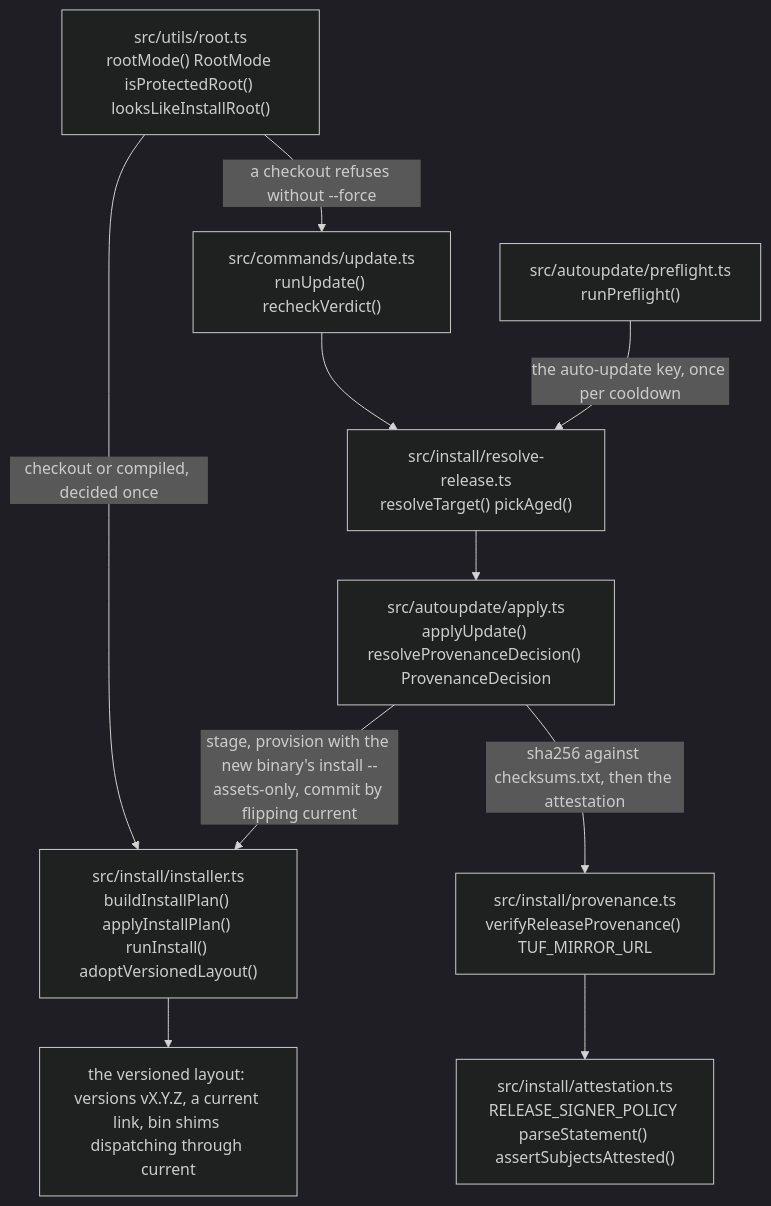
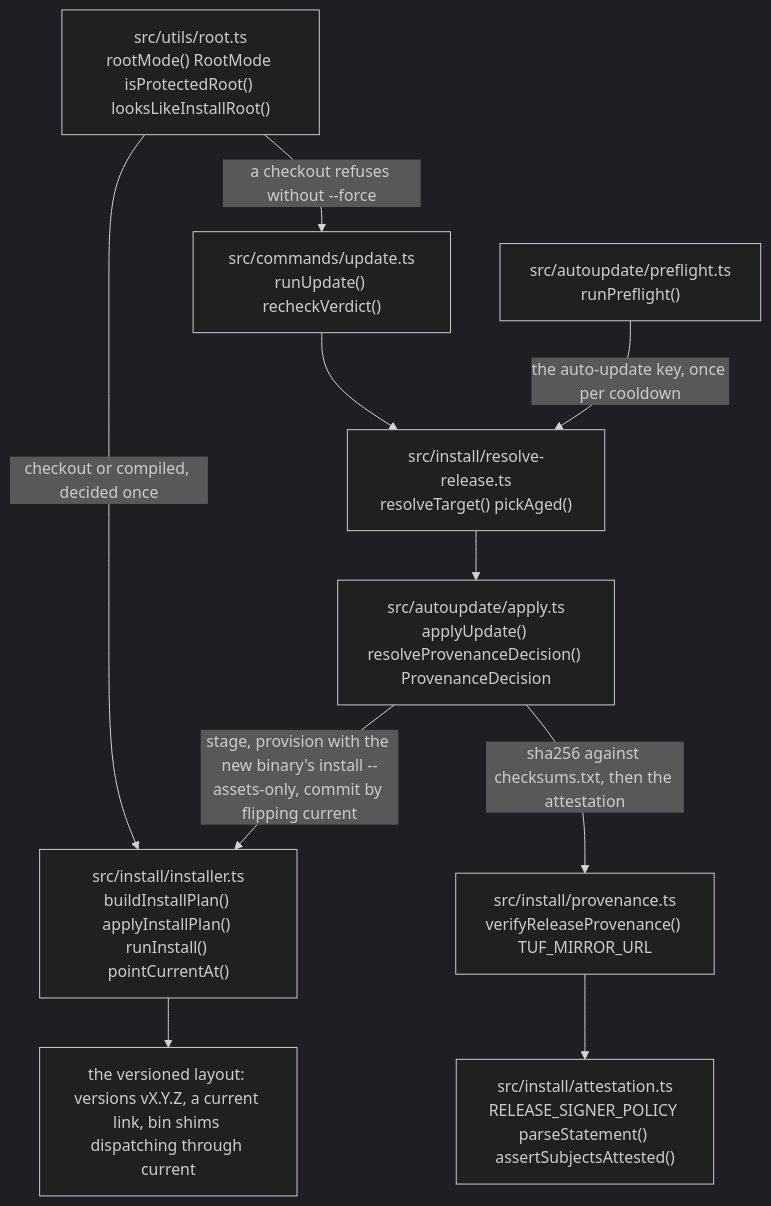
The sixth of 8 diagrams in docs/architecture.md (Vivswan/copilot-env), drawn with Mermaid (dark theme) before and after one commit. The commit also changed other lines of this file and 1 other file, not shown here.

Commit message:
fix(docs): drop the migrations edges and box symbol the no-compat sweep removed (#269)

````diff
--- a/docs/architecture.md
+++ b/docs/architecture.md
@@ -121,21 +121,21 @@
 ```mermaid
 flowchart TD
   root["src/utils/root.ts<br>rootMode() RootMode isProtectedRoot() looksLikeInstallRoot()"]
-  install["src/install/installer.ts<br>buildInstallPlan() applyInstallPlan() runInstall() adoptVersionedLayout()"]
+  install["src/install/installer.ts<br>buildInstallPlan() applyInstallPlan() runInstall() pointCurrentAt()"]
   layout["the versioned layout: versions vX.Y.Z, a current link, bin shims dispatching through current"]
   update["src/commands/update.ts<br>runUpdate() recheckVerdict()"]
   preflight["src/autoupdate/preflight.ts<br>runPreflight()"]
   release["src/install/resolve-release.ts<br>resolveTarget() pickAged()"]
   apply["src/autoupdate/apply.ts<br>applyUpdate() resolveProvenanceDecision() ProvenanceDecision"]
   prov["src/install/provenance.ts<br>verifyReleaseProvenance() TUF_MIRROR_URL"]
   att["src/install/attestation.ts<br>RELEASE_SIGNER_POLICY parseStatement() assertSubjectsAttested()"]
   root -->|"checkout or compiled, decided once"| install
   root -->|"a checkout refuses without --force"| update
   update --> release
   preflight -->|"the auto-update key, once per cooldown"| release
   release --> apply
   apply -->|"sha256 against checksums.txt, then the attestation"| prov
   prov --> att
   apply -->|"stage, provision with the new binary's install --assets-only, commit by flipping current"| install
   install --> layout
 ```
````
